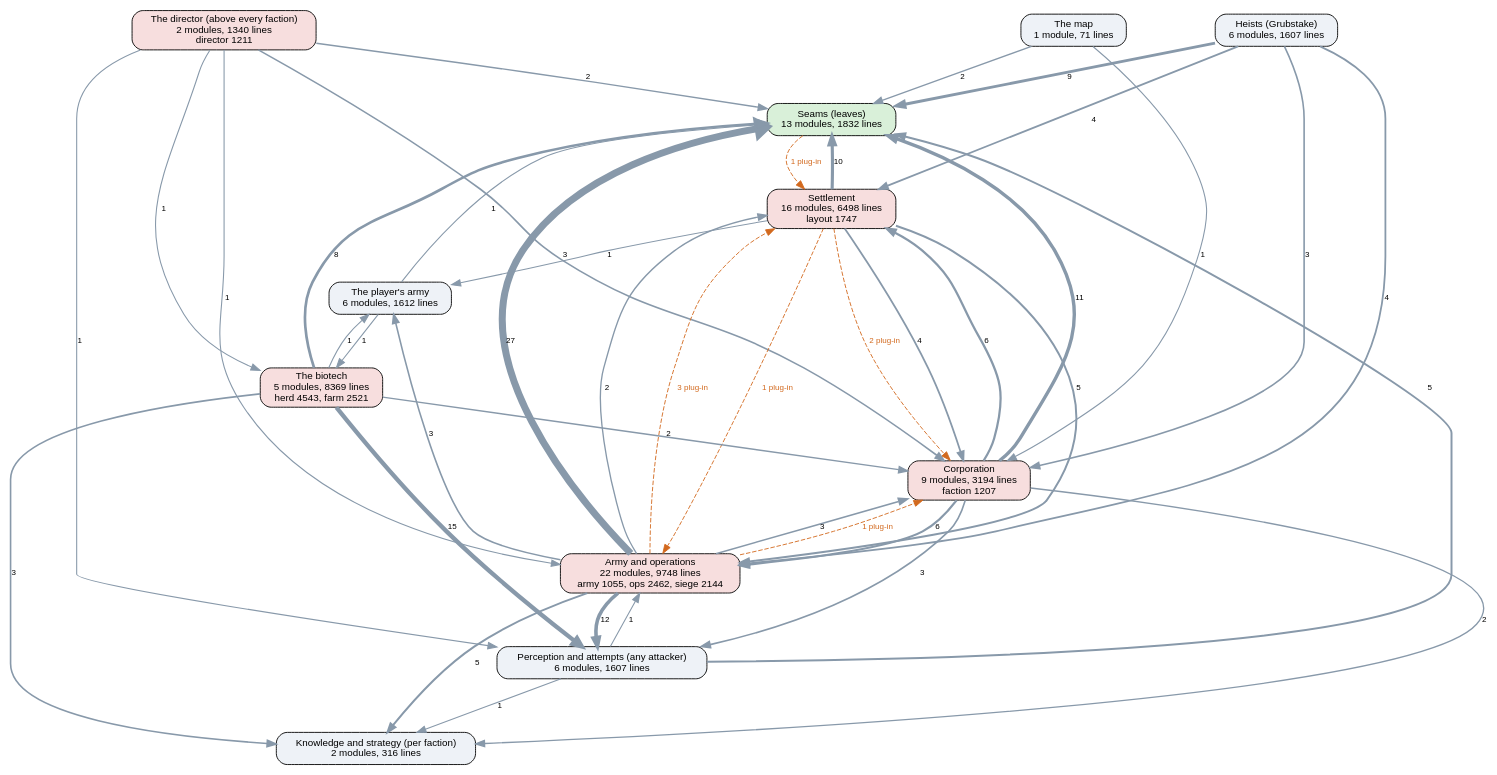
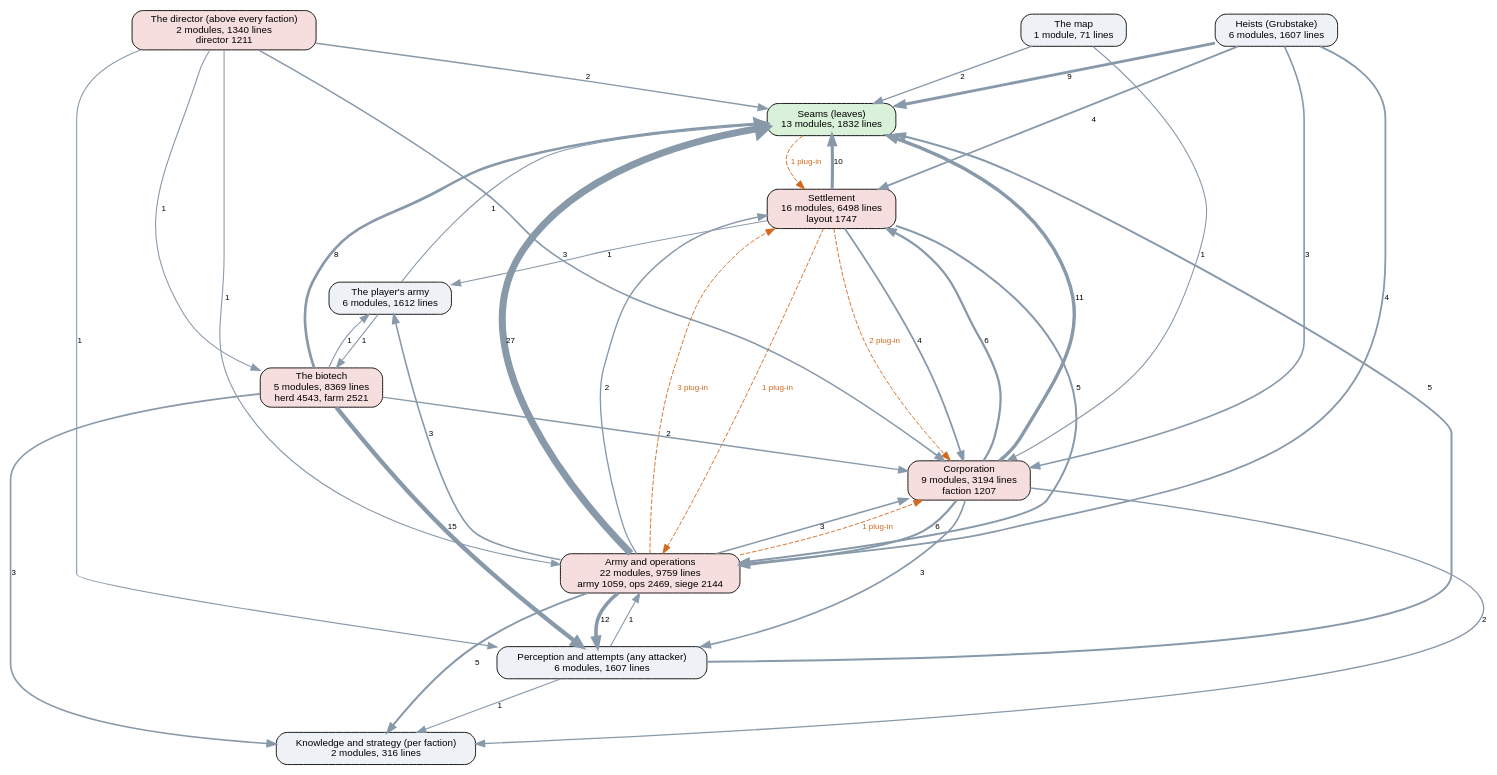
The diagram in docs/ai-layers.dot (kinelhu/landing-party), drawn with Graphviz before and after one commit. The commit also changed 12 other files, not shown here.

```diff
--- a/docs/ai-layers.dot
+++ b/docs/ai-layers.dot
@@ -1,57 +1,57 @@
 digraph layers {
   graph [rankdir=TB, fontname="Helvetica", nodesep=0.5, ranksep=0.7];
   node [shape=box, style="rounded,filled", fontname="Helvetica", fontsize=11, fillcolor="#eef2f7"];
   edge [color="#8899aa", fontname="Helvetica", fontsize=9];
   "Seams (leaves)" [label="Seams (leaves)\n13 modules, 1832 lines", fillcolor="#d9f0d9"];
   "Perception and attempts (any attacker)" [label="Perception and attempts (any attacker)\n6 modules, 1607 lines", fillcolor="#eef2f7"];
   "Knowledge and strategy (per faction)" [label="Knowledge and strategy (per faction)\n2 modules, 316 lines", fillcolor="#eef2f7"];
   "The director (above every faction)" [label="The director (above every faction)\n2 modules, 1340 lines\ndirector 1211", fillcolor="#f7dede"];
   "Corporation" [label="Corporation\n9 modules, 3194 lines\nfaction 1207", fillcolor="#f7dede"];
   "Settlement" [label="Settlement\n16 modules, 6498 lines\nlayout 1747", fillcolor="#f7dede"];
-  "Army and operations" [label="Army and operations\n22 modules, 9748 lines\narmy 1055, ops 2462, siege 2144", fillcolor="#f7dede"];
+  "Army and operations" [label="Army and operations\n22 modules, 9759 lines\narmy 1059, ops 2469, siege 2144", fillcolor="#f7dede"];
   "Heists (Grubstake)" [label="Heists (Grubstake)\n6 modules, 1607 lines", fillcolor="#eef2f7"];
   "The biotech" [label="The biotech\n5 modules, 8369 lines\nherd 4543, farm 2521", fillcolor="#f7dede"];
   "The map" [label="The map\n1 module, 71 lines", fillcolor="#eef2f7"];
   "The player's army" [label="The player's army\n6 modules, 1612 lines", fillcolor="#eef2f7"];
   "Army and operations" -> "Corporation" [label="3", penwidth=1.8];
   "Army and operations" -> "Knowledge and strategy (per faction)" [label="5", penwidth=2.2];
   "Army and operations" -> "Perception and attempts (any attacker)" [label="12", penwidth=4.0];
   "Army and operations" -> "Seams (leaves)" [label="27", penwidth=7.8];
   "Army and operations" -> "Settlement" [label="2", penwidth=1.5];
   "Army and operations" -> "The player's army" [label="3", penwidth=1.8];
   "Corporation" -> "Army and operations" [label="6", penwidth=2.5];
   "Corporation" -> "Knowledge and strategy (per faction)" [label="2", penwidth=1.5];
   "Corporation" -> "Perception and attempts (any attacker)" [label="3", penwidth=1.8];
   "Corporation" -> "Seams (leaves)" [label="11", penwidth=3.8];
   "Corporation" -> "Settlement" [label="6", penwidth=2.5];
   "Heists (Grubstake)" -> "Army and operations" [label="4", penwidth=2.0];
   "Heists (Grubstake)" -> "Corporation" [label="3", penwidth=1.8];
   "Heists (Grubstake)" -> "Seams (leaves)" [label="9", penwidth=3.2];
   "Heists (Grubstake)" -> "Settlement" [label="4", penwidth=2.0];
   "Perception and attempts (any attacker)" -> "Army and operations" [label="1", penwidth=1.2];
   "Perception and attempts (any attacker)" -> "Knowledge and strategy (per faction)" [label="1", penwidth=1.2];
   "Perception and attempts (any attacker)" -> "Seams (leaves)" [label="5", penwidth=2.2];
   "Settlement" -> "Army and operations" [label="5", penwidth=2.2];
   "Settlement" -> "Corporation" [label="4", penwidth=2.0];
   "Settlement" -> "Seams (leaves)" [label="10", penwidth=3.5];
   "Settlement" -> "The player's army" [label="1", penwidth=1.2];
   "The biotech" -> "Corporation" [label="2", penwidth=1.5];
   "The biotech" -> "Knowledge and strategy (per faction)" [label="3", penwidth=1.8];
   "The biotech" -> "Perception and attempts (any attacker)" [label="15", penwidth=4.8];
   "The biotech" -> "Seams (leaves)" [label="8", penwidth=3.0];
   "The biotech" -> "The player's army" [label="1", penwidth=1.2];
   "The director (above every faction)" -> "Army and operations" [label="1", penwidth=1.2];
   "The director (above every faction)" -> "Corporation" [label="3", penwidth=1.8];
   "The director (above every faction)" -> "Perception and attempts (any attacker)" [label="1", penwidth=1.2];
   "The director (above every faction)" -> "Seams (leaves)" [label="2", penwidth=1.5];
   "The director (above every faction)" -> "The biotech" [label="1", penwidth=1.2];
   "The map" -> "Corporation" [label="1", penwidth=1.2];
   "The map" -> "Seams (leaves)" [label="2", penwidth=1.5];
   "The player's army" -> "Seams (leaves)" [label="1", penwidth=1.2];
   "The player's army" -> "The biotech" [label="1", penwidth=1.2];
   "Army and operations" -> "Corporation" [style=dashed, color="#d2691e", fontcolor="#d2691e", label="1 plug-in"];
   "Army and operations" -> "Settlement" [style=dashed, color="#d2691e", fontcolor="#d2691e", label="3 plug-in"];
   "Seams (leaves)" -> "Settlement" [style=dashed, color="#d2691e", fontcolor="#d2691e", label="1 plug-in"];
   "Settlement" -> "Army and operations" [style=dashed, color="#d2691e", fontcolor="#d2691e", label="1 plug-in"];
   "Settlement" -> "Corporation" [style=dashed, color="#d2691e", fontcolor="#d2691e", label="2 plug-in"];
 }
```
